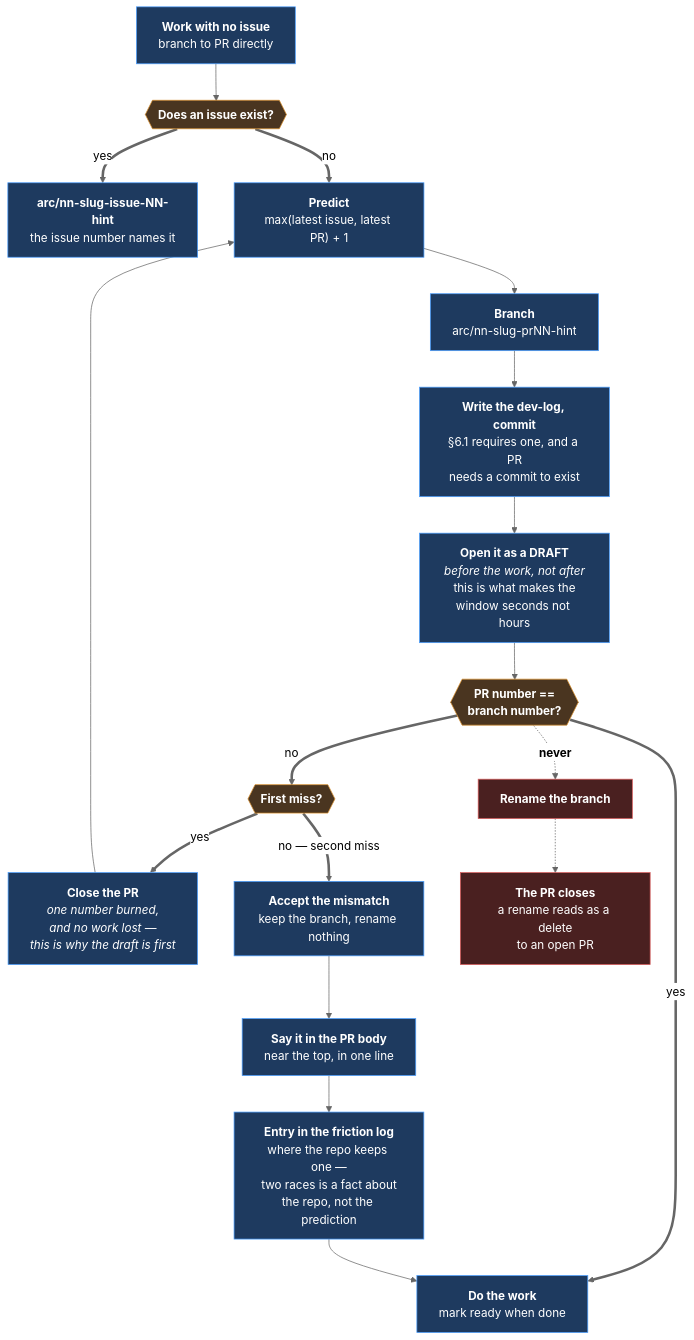
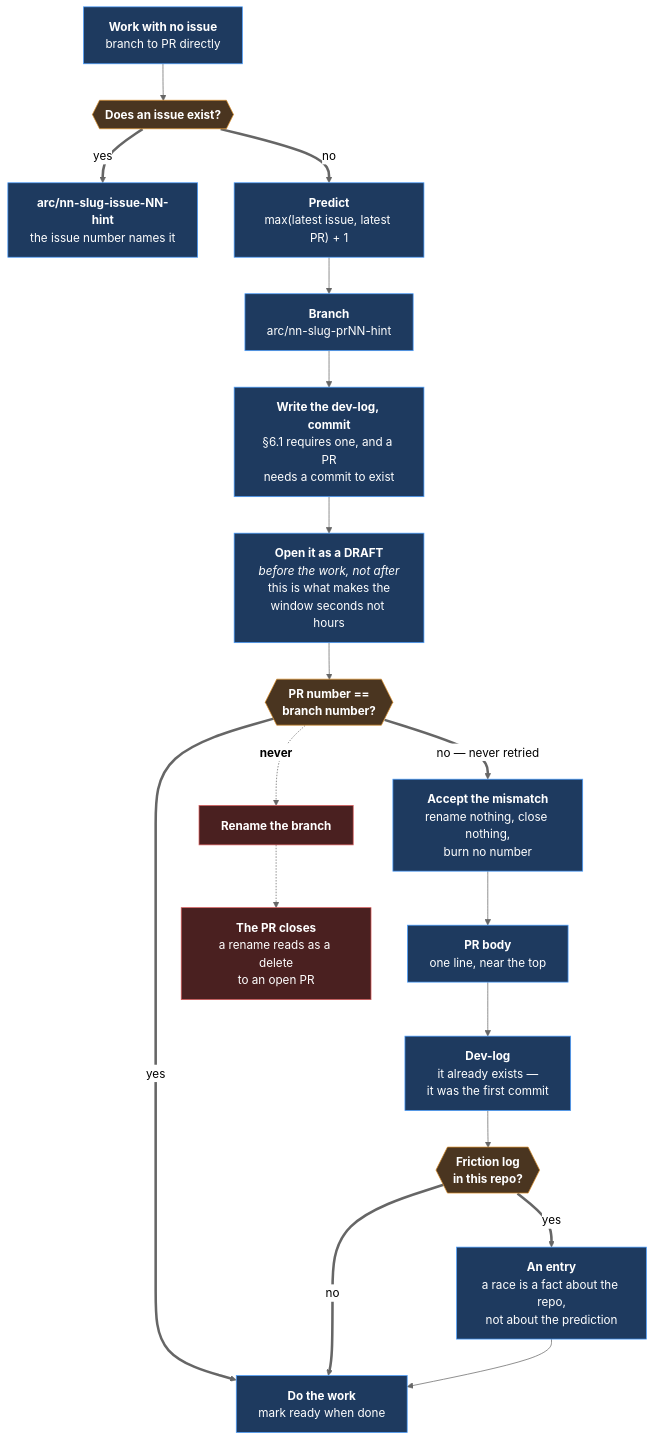
One commit to Calyx-Engineering/arc changed the third of 3 diagrams in docs/product-architecture/mechanisms/m46-work-navigation.md. Above: the diagram before and after it, drawn with Mermaid (neutral theme). The commit also changed other lines of this file and 3 other files, not shown here.

First line of the commit message:
fix: a number miss is recorded, never retried

````diff
--- a/docs/product-architecture/mechanisms/m46-work-navigation.md
+++ b/docs/product-architecture/mechanisms/m46-work-navigation.md
@@ -393,26 +393,26 @@
 ```mermaid
 flowchart TB
     START["<b>Work with no issue</b><br/>branch to PR directly"] --> Q{{"<b>Does an issue exist?</b>"}}
     Q ==>|yes| ISS["<b>arc/nn-slug-issue-NN-hint</b><br/>the issue number names it"]
     Q ==>|no| PRED["<b>Predict</b><br/>max(latest issue, latest PR) + 1"]
     PRED --> BR["<b>Branch</b><br/>arc/nn-slug-prNN-hint"]
     BR --> LOG["<b>Write the dev-log, commit</b><br/>§6.1 requires one, and a PR<br/>needs a commit to exist"]
     LOG --> OPEN["<b>Open it as a DRAFT</b><br/><i>before the work, not after</i><br/>this is what makes the<br/>window seconds not hours"]
     OPEN --> CHK{{"<b>PR number ==<br/>branch number?</b>"}}
     CHK ==>|yes| WORK["<b>Do the work</b><br/>mark ready when done"]
-    CHK ==>|no| RETRY{{"<b>First miss?</b>"}}
-    RETRY ==>|yes| FIX["<b>Close the PR</b><br/><i>one number burned,<br/>and no work lost —<br/>this is why the draft is first</i>"]
-    FIX --> PRED
-    RETRY ==>|"no — second miss"| ACCEPT["<b>Accept the mismatch</b><br/>keep the branch, rename nothing"]
-    ACCEPT --> SAY["<b>Say it in the PR body</b><br/>near the top, in one line"]
-    SAY --> FRIC["<b>Entry in the friction log</b><br/>where the repo keeps one —<br/>two races is a fact about<br/>the repo, not the prediction"]
+    CHK ==>|"no — never retried"| ACCEPT["<b>Accept the mismatch</b><br/>rename nothing, close nothing,<br/>burn no number"]
+    ACCEPT --> SAY["<b>PR body</b><br/>one line, near the top"]
+    SAY --> DEVLOG["<b>Dev-log</b><br/>it already exists —<br/>it was the first commit"]
+    DEVLOG --> FQ{{"<b>Friction log<br/>in this repo?</b>"}}
+    FQ ==>|yes| FRIC["<b>An entry</b><br/>a race is a fact about the repo,<br/>not about the prediction"]
+    FQ ==>|no| WORK
     FRIC --> WORK
     CHK -.->|"<b>never</b>"| REN["<b>Rename the branch</b>"]
     REN -.-> DEAD["<b>The PR closes</b><br/>a rename reads as a delete<br/>to an open PR"]
     classDef n fill:#1e3a5f,stroke:#4a9eff,color:#fff
     classDef s fill:#4a3520,stroke:#d98f2b,color:#fff
     classDef x fill:#4a2020,stroke:#d95b5b,color:#fff
-    class START,ISS,PRED,BR,LOG,OPEN,WORK,FIX,ACCEPT,SAY,FRIC n
-    class Q,CHK,RETRY s
+    class START,ISS,PRED,BR,LOG,OPEN,WORK,ACCEPT,SAY,DEVLOG,FRIC n
+    class Q,CHK,FQ s
     class REN,DEAD x
 ```
````
